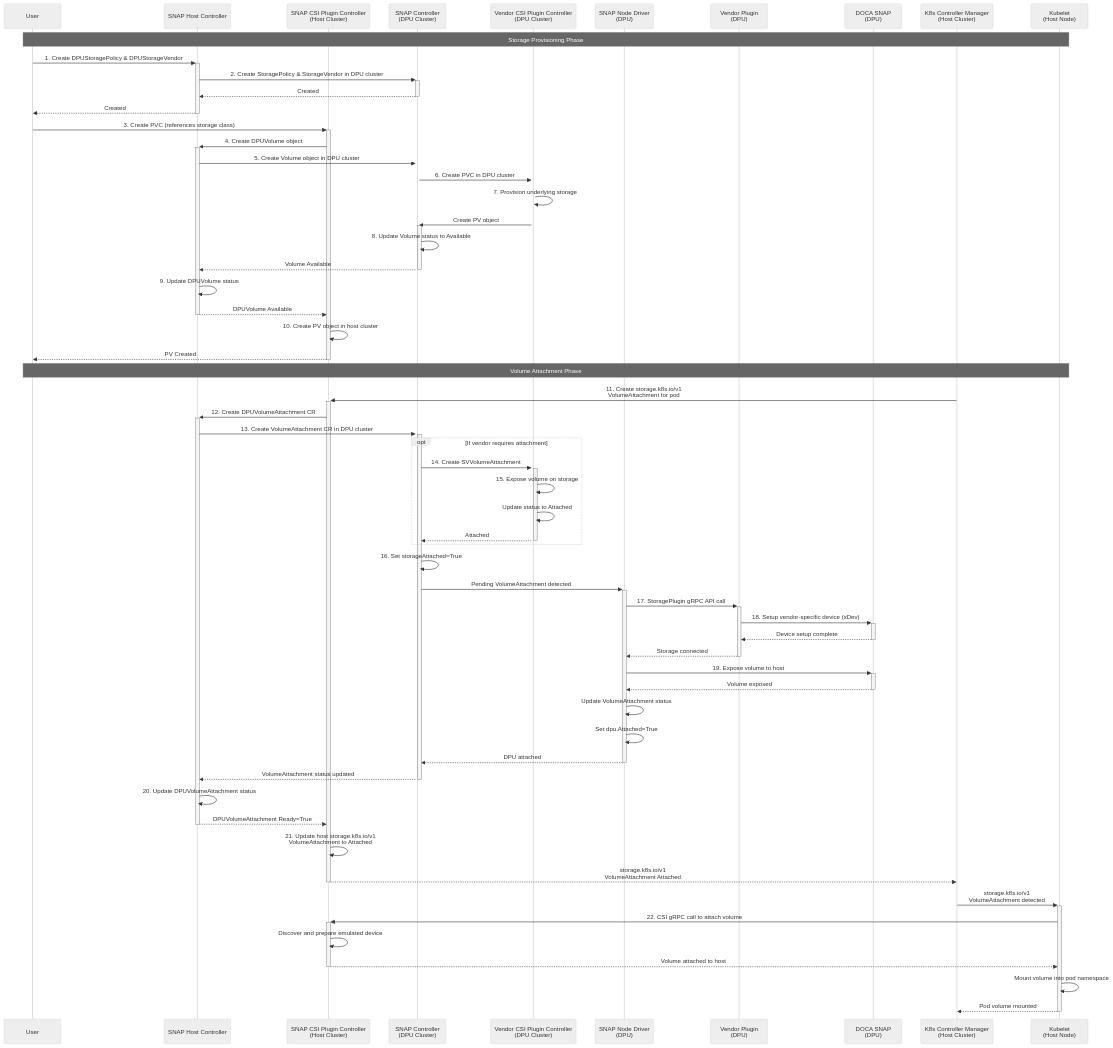
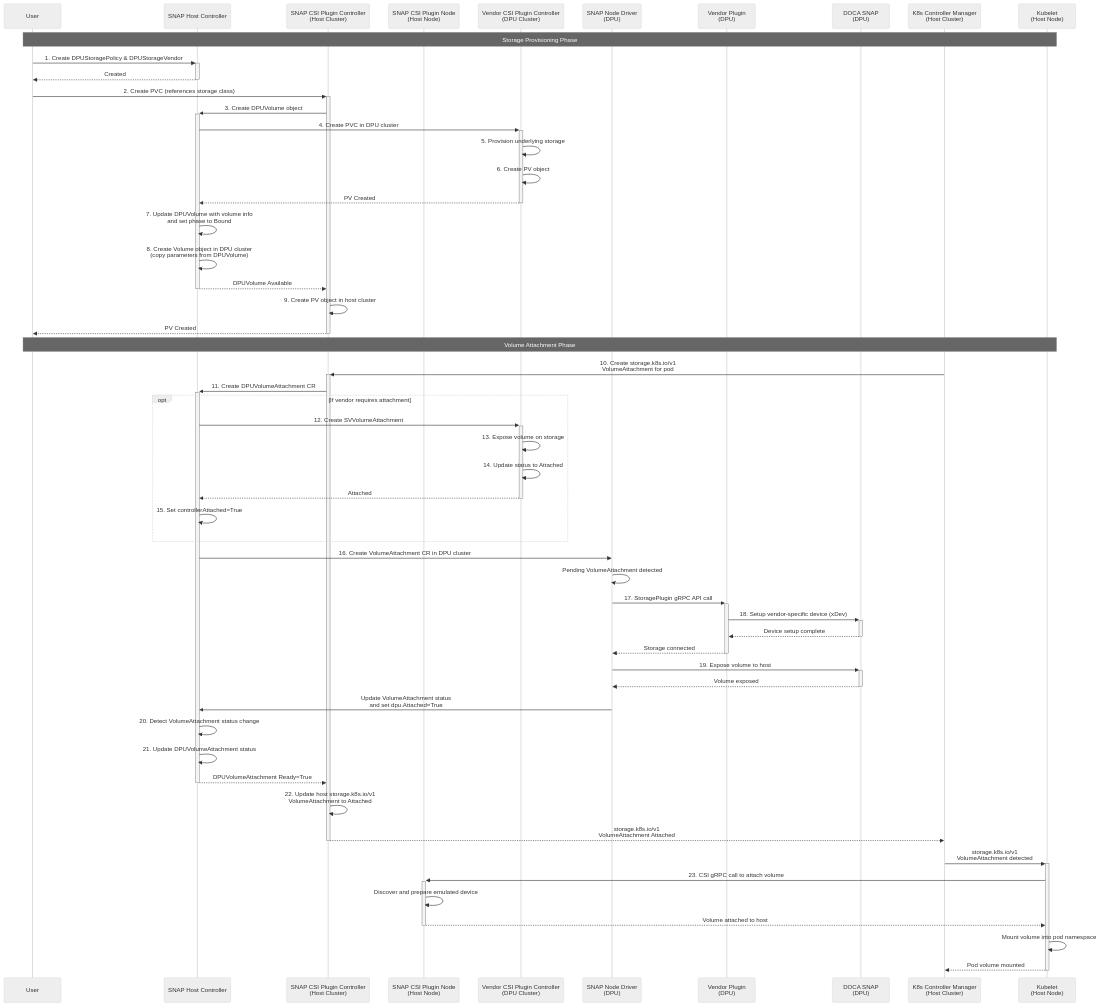
Before and after one commit to NVIDIA/doca-platform: the second of 9 diagrams in docs/public/developer-guides/services/storage.md, drawn with Mermaid (neutral theme). The commit also changed other lines of this file, not shown here.

First line of the commit message:
docs: update storage developer guide

````diff
--- a/docs/public/developer-guides/services/storage.md
+++ b/docs/public/developer-guides/services/storage.md
@@ -118,70 +116,65 @@
 ```mermaid
 sequenceDiagram
     participant User
     participant SNAP_Host_Controller as SNAP Host Controller
     participant SNAP_CSI_Controller as SNAP CSI Plugin Controller<br/>(Host Cluster)
-    participant SNAP_Controller as SNAP Controller<br/>(DPU Cluster)
+    participant SNAP_CSI_Plugin_Node as SNAP CSI Plugin Node<br/>(Host Node)
     participant Vendor_CSI_Controller as Vendor CSI Plugin Controller<br/>(DPU Cluster)
     participant SNAP_Node_Driver as SNAP Node Driver<br/>(DPU)
     participant Vendor_Plugin as Vendor Plugin<br/>(DPU)
     participant DOCA_SNAP as DOCA SNAP<br/>(DPU)
     participant K8s_Controller_Manager as K8s Controller Manager<br/>(Host Cluster)
     participant Kubelet as Kubelet<br/>(Host Node)
 
     Note over User, Kubelet: Storage Provisioning Phase
     
     User->>+SNAP_Host_Controller: 1. Create DPUStoragePolicy & DPUStorageVendor
-    SNAP_Host_Controller->>+SNAP_Controller: 2. Create StoragePolicy & StorageVendor in DPU cluster
-    SNAP_Controller-->>-SNAP_Host_Controller: Created
     SNAP_Host_Controller-->>-User: Created
     
-    User->>+SNAP_CSI_Controller: 3. Create PVC (references storage class)
-    SNAP_CSI_Controller->>+SNAP_Host_Controller: 4. Create DPUVolume object
-    SNAP_Host_Controller->>+SNAP_Controller: 5. Create Volume object in DPU cluster
-    SNAP_Controller->>+Vendor_CSI_Controller: 6. Create PVC in DPU cluster
-    Vendor_CSI_Controller->>Vendor_CSI_Controller: 7. Provision underlying storage
-    Vendor_CSI_Controller->>+SNAP_Controller: Create PV object
-    SNAP_Controller->>SNAP_Controller: 8. Update Volume status to Available
-    SNAP_Controller-->>-SNAP_Host_Controller: Volume Available
-    SNAP_Host_Controller->>SNAP_Host_Controller: 9. Update DPUVolume status
+    User->>+SNAP_CSI_Controller: 2. Create PVC (references storage class)
+    SNAP_CSI_Controller->>+SNAP_Host_Controller: 3. Create DPUVolume object
+    SNAP_Host_Controller->>+Vendor_CSI_Controller: 4. Create PVC in DPU cluster
+    Vendor_CSI_Controller->>Vendor_CSI_Controller: 5. Provision underlying storage
+    Vendor_CSI_Controller->>Vendor_CSI_Controller: 6. Create PV object
+    Vendor_CSI_Controller-->>-SNAP_Host_Controller: PV Created
+    SNAP_Host_Controller->>SNAP_Host_Controller: 7. Update DPUVolume with volume info<br/>and set phase to Bound
+    SNAP_Host_Controller->>SNAP_Host_Controller: 8. Create Volume object in DPU cluster<br/>(copy parameters from DPUVolume)
     SNAP_Host_Controller-->>-SNAP_CSI_Controller: DPUVolume Available
-    SNAP_CSI_Controller->>SNAP_CSI_Controller: 10. Create PV object in host cluster
+    SNAP_CSI_Controller->>SNAP_CSI_Controller: 9. Create PV object in host cluster
     SNAP_CSI_Controller-->>-User: PV Created
     
     Note over User, Kubelet: Volume Attachment Phase
     
-    K8s_Controller_Manager->>+SNAP_CSI_Controller: 11. Create storage.k8s.io/v1<br/>VolumeAttachment for pod
-    SNAP_CSI_Controller->>+SNAP_Host_Controller: 12. Create DPUVolumeAttachment CR
-    SNAP_Host_Controller->>+SNAP_Controller: 13. Create VolumeAttachment CR in DPU cluster
+    K8s_Controller_Manager->>+SNAP_CSI_Controller: 10. Create storage.k8s.io/v1<br/>VolumeAttachment for pod
+    SNAP_CSI_Controller->>+SNAP_Host_Controller: 11. Create DPUVolumeAttachment CR
     
     opt If vendor requires attachment
-        SNAP_Controller->>+Vendor_CSI_Controller: 14. Create SVVolumeAttachment
-        Vendor_CSI_Controller->>Vendor_CSI_Controller: 15. Expose volume on storage
-        Vendor_CSI_Controller->>Vendor_CSI_Controller: Update status to Attached
-        Vendor_CSI_Controller-->>-SNAP_Controller: Attached
+        SNAP_Host_Controller->>+Vendor_CSI_Controller: 12. Create SVVolumeAttachment
+        Vendor_CSI_Controller->>Vendor_CSI_Controller: 13. Expose volume on storage
+        Vendor_CSI_Controller->>Vendor_CSI_Controller: 14. Update status to Attached
+        Vendor_CSI_Controller-->>-SNAP_Host_Controller: Attached
+        SNAP_Host_Controller->>SNAP_Host_Controller: 15. Set controllerAttached=True
     end
     
-    SNAP_Controller->>SNAP_Controller: 16. Set storageAttached=True
-    SNAP_Controller->>+SNAP_Node_Driver: Pending VolumeAttachment detected
+    SNAP_Host_Controller->>SNAP_Node_Driver: 16. Create VolumeAttachment CR in DPU cluster
+    SNAP_Node_Driver->>SNAP_Node_Driver: Pending VolumeAttachment detected
     SNAP_Node_Driver->>+Vendor_Plugin: 17. StoragePlugin gRPC API call
     Vendor_Plugin->>+DOCA_SNAP: 18. Setup vendor-specific device (xDev)
     DOCA_SNAP-->>-Vendor_Plugin: Device setup complete
     Vendor_Plugin-->>-SNAP_Node_Driver: Storage connected
     SNAP_Node_Driver->>+DOCA_SNAP: 19. Expose volume to host
     DOCA_SNAP-->>-SNAP_Node_Driver: Volume exposed
-    SNAP_Node_Driver->>SNAP_Node_Driver: Update VolumeAttachment status
-    SNAP_Node_Driver->>SNAP_Node_Driver: Set dpu.Attached=True
-    SNAP_Node_Driver-->>-SNAP_Controller: DPU attached
-    SNAP_Controller-->>-SNAP_Host_Controller: VolumeAttachment status updated
-    SNAP_Host_Controller->>SNAP_Host_Controller: 20. Update DPUVolumeAttachment status
+    SNAP_Node_Driver->>SNAP_Host_Controller: Update VolumeAttachment status<br/>and set dpu.Attached=True
+    SNAP_Host_Controller->>SNAP_Host_Controller: 20. Detect VolumeAttachment status change
+    SNAP_Host_Controller->>SNAP_Host_Controller: 21. Update DPUVolumeAttachment status
     SNAP_Host_Controller-->>-SNAP_CSI_Controller: DPUVolumeAttachment Ready=True
-    SNAP_CSI_Controller->>SNAP_CSI_Controller: 21. Update host storage.k8s.io/v1<br/>VolumeAttachment to Attached
+    SNAP_CSI_Controller->>SNAP_CSI_Controller: 22. Update host storage.k8s.io/v1<br/>VolumeAttachment to Attached
     SNAP_CSI_Controller-->>-K8s_Controller_Manager: storage.k8s.io/v1<br/>VolumeAttachment Attached
     
     K8s_Controller_Manager->>+Kubelet: storage.k8s.io/v1<br/>VolumeAttachment detected
-    Kubelet->>+SNAP_CSI_Controller: 22. CSI gRPC call to attach volume
-    SNAP_CSI_Controller->>SNAP_CSI_Controller: Discover and prepare emulated device
-    SNAP_CSI_Controller-->>-Kubelet: Volume attached to host
+    Kubelet->>+SNAP_CSI_Plugin_Node: 23. CSI gRPC call to attach volume
+    SNAP_CSI_Plugin_Node->>SNAP_CSI_Plugin_Node: Discover and prepare emulated device
+    SNAP_CSI_Plugin_Node-->>-Kubelet: Volume attached to host
     Kubelet->>Kubelet: Mount volume into pod namespace
     Kubelet-->>-K8s_Controller_Manager: Pod volume mounted
 ```
````
